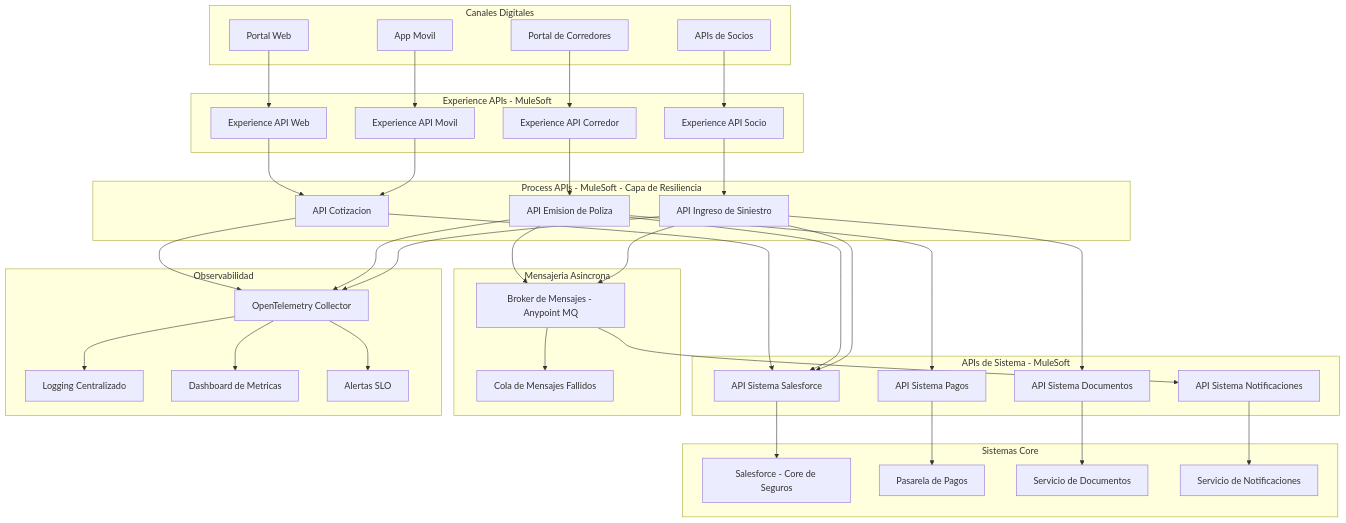
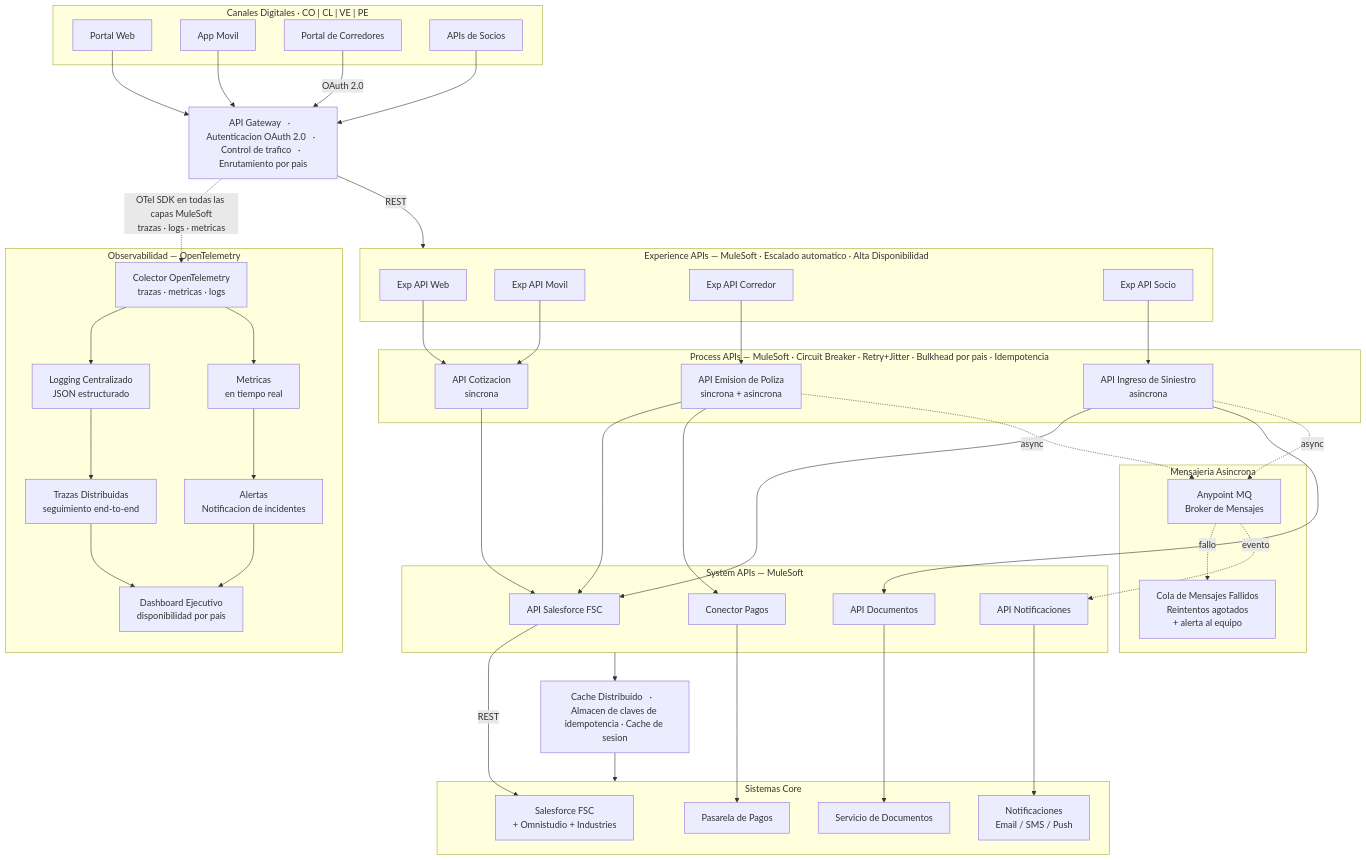
One commit to juliantorres92/tech-assessment changed the diagram in diagrams/architecture.mmd. Above: the diagram before and after it, drawn with Mermaid. The commit also changed 5 other files, not shown here.

First line of the commit message:
Update architecture diagram and demo resilience fixes

```diff
--- a/diagrams/architecture.mmd
+++ b/diagrams/architecture.mmd
@@ -1,79 +1,91 @@
 graph TB
-    subgraph Channels["Canales Digitales"]
+    subgraph Channels["Canales Digitales   ·   CO | CL | VE | PE"]
         WEB[Portal Web]
         MOB[App Movil]
         BRK[Portal de Corredores]
         PRT[APIs de Socios]
     end
 
-    subgraph Experience["Experience APIs - MuleSoft"]
-        EXP_WEB[Experience API Web]
-        EXP_MOB[Experience API Movil]
-        EXP_BRK[Experience API Corredor]
-        EXP_PRT[Experience API Socio]
+    APIGW["API Gateway   ·   Autenticacion OAuth 2.0   ·   Control de trafico   ·   Enrutamiento por pais"]
+
+    subgraph Experience["Experience APIs — MuleSoft   ·   Escalado automatico   ·   Alta Disponibilidad"]
+        EXP_WEB[Exp API Web]
+        EXP_MOB[Exp API Movil]
+        EXP_BRK[Exp API Corredor]
+        EXP_PRT[Exp API Socio]
     end
 
-    subgraph Process["Process APIs - MuleSoft - Capa de Resiliencia"]
-        PROC_QUOTE[API Cotizacion]
-        PROC_POLICY[API Emision de Poliza]
-        PROC_CLAIM[API Ingreso de Siniestro]
+    subgraph Process["Process APIs — MuleSoft   ·   Circuit Breaker · Retry+Jitter · Bulkhead por pais · Idempotencia"]
+        PROC_QUOTE["API Cotizacion\nsincrona"]
+        PROC_POLICY["API Emision de Poliza\nsincrona + asincrona"]
+        PROC_CLAIM["API Ingreso de Siniestro\nasincrona"]
     end
 
-    subgraph System["APIs de Sistema - MuleSoft"]
-        SYS_SF[API Sistema Salesforce]
-        SYS_PAY[API Sistema Pagos]
-        SYS_DOC[API Sistema Documentos]
-        SYS_NOTIF[API Sistema Notificaciones]
+    subgraph System["System APIs — MuleSoft"]
+        SYS_SF[API Salesforce FSC]
+        SYS_PAY[Conector Pagos]
+        SYS_DOC[API Documentos]
+        SYS_NOTIF[API Notificaciones]
+    end
+
+    REDIS["Cache Distribuido   ·   Almacen de claves de idempotencia · Cache de sesion"]
+
+    subgraph Core["Sistemas Core"]
+        SF["Salesforce FSC\n+ Omnistudio + Industries"]
+        PAY[Pasarela de Pagos]
+        DOC[Servicio de Documentos]
+        NOTIF["Notificaciones\nEmail / SMS / Push"]
     end
 
     subgraph Async["Mensajeria Asincrona"]
-        MQ[Broker de Mensajes - Anypoint MQ]
-        DLQ[Cola de Mensajes Fallidos]
+        MQ["Anypoint MQ\nBroker de Mensajes"]
+        DLQ["Cola de Mensajes Fallidos\nReintentos agotados\n+ alerta al equipo"]
     end
 
-    subgraph Core["Sistemas Core"]
-        SF[Salesforce - Core de Seguros]
-        PAY[Pasarela de Pagos]
-        DOC[Servicio de Documentos]
-        NOTIF[Servicio de Notificaciones]
+    subgraph Obs["Observabilidad — OpenTelemetry"]
+        OTEL["Colector OpenTelemetry\ntrazas · metricas · logs"]
+        LOG["Logging Centralizado\nJSON estructurado"]
+        METRICS["Metricas\nen tiempo real"]
+        TRACES["Trazas Distribuidas\nseguimiento end-to-end"]
+        ALERT["Alertas\nNotificacion de incidentes"]
+        DASH["Dashboard Ejecutivo\ndisponibilidad por pais"]
     end
 
-    subgraph Obs["Observabilidad"]
-        OTEL[OpenTelemetry Collector]
-        LOG[Logging Centralizado]
-        DASH[Dashboard de Metricas]
-        ALERT[Alertas SLO]
-    end
+    WEB --> APIGW
+    MOB --> APIGW
+    BRK -->|OAuth 2.0| APIGW
+    PRT --> APIGW
 
-    WEB --> EXP_WEB
-    MOB --> EXP_MOB
-    BRK --> EXP_BRK
-    PRT --> EXP_PRT
+    APIGW -->|REST| Experience
 
     EXP_WEB --> PROC_QUOTE
     EXP_MOB --> PROC_QUOTE
     EXP_BRK --> PROC_POLICY
     EXP_PRT --> PROC_CLAIM
 
     PROC_QUOTE --> SYS_SF
     PROC_POLICY --> SYS_SF
     PROC_POLICY --> SYS_PAY
     PROC_CLAIM --> SYS_SF
     PROC_CLAIM --> SYS_DOC
 
-    PROC_POLICY --> MQ
-    PROC_CLAIM --> MQ
-    MQ --> DLQ
+    PROC_POLICY -.->|async| MQ
+    PROC_CLAIM -.->|async| MQ
+    MQ -.->|fallo| DLQ
+    MQ -.->|evento| SYS_NOTIF
 
-    SYS_SF --> SF
+    System --> REDIS
+    REDIS --> Core
+
+    SYS_SF -->|REST| SF
     SYS_PAY --> PAY
     SYS_DOC --> DOC
     SYS_NOTIF --> NOTIF
-    MQ --> SYS_NOTIF
 
-    PROC_QUOTE --> OTEL
-    PROC_POLICY --> OTEL
-    PROC_CLAIM --> OTEL
+    APIGW -.->|"OTel SDK en todas las capas MuleSoft\ntrazas · logs · metricas"| OTEL
     OTEL --> LOG
-    OTEL --> DASH
-    OTEL --> ALERT
+    OTEL --> METRICS
+    LOG --> TRACES
+    METRICS --> ALERT
+    TRACES --> DASH
+    ALERT --> DASH
```
